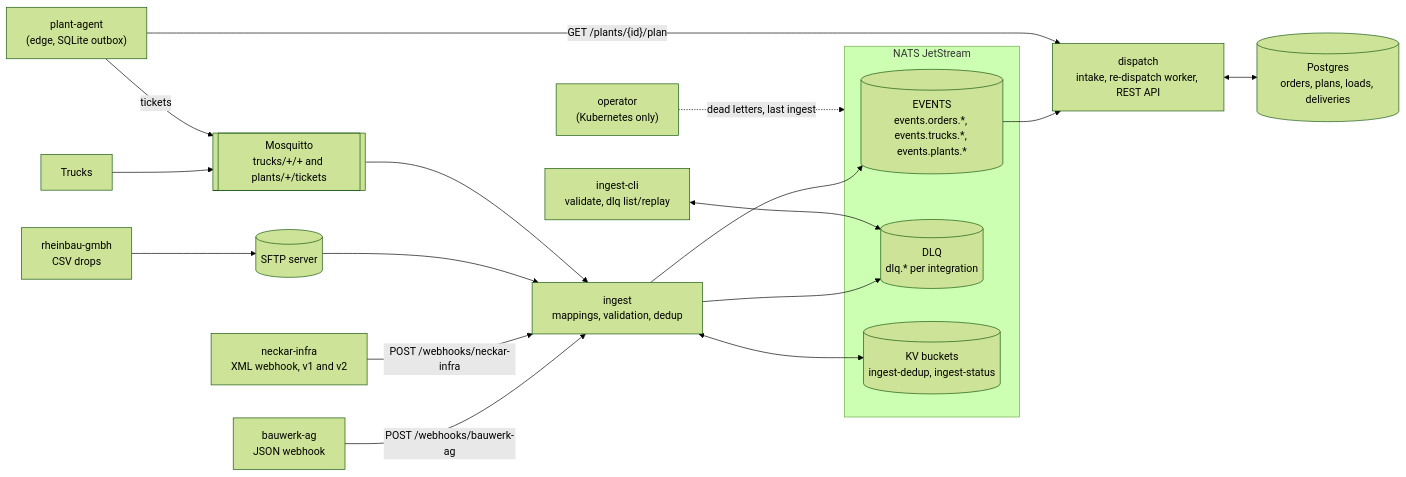
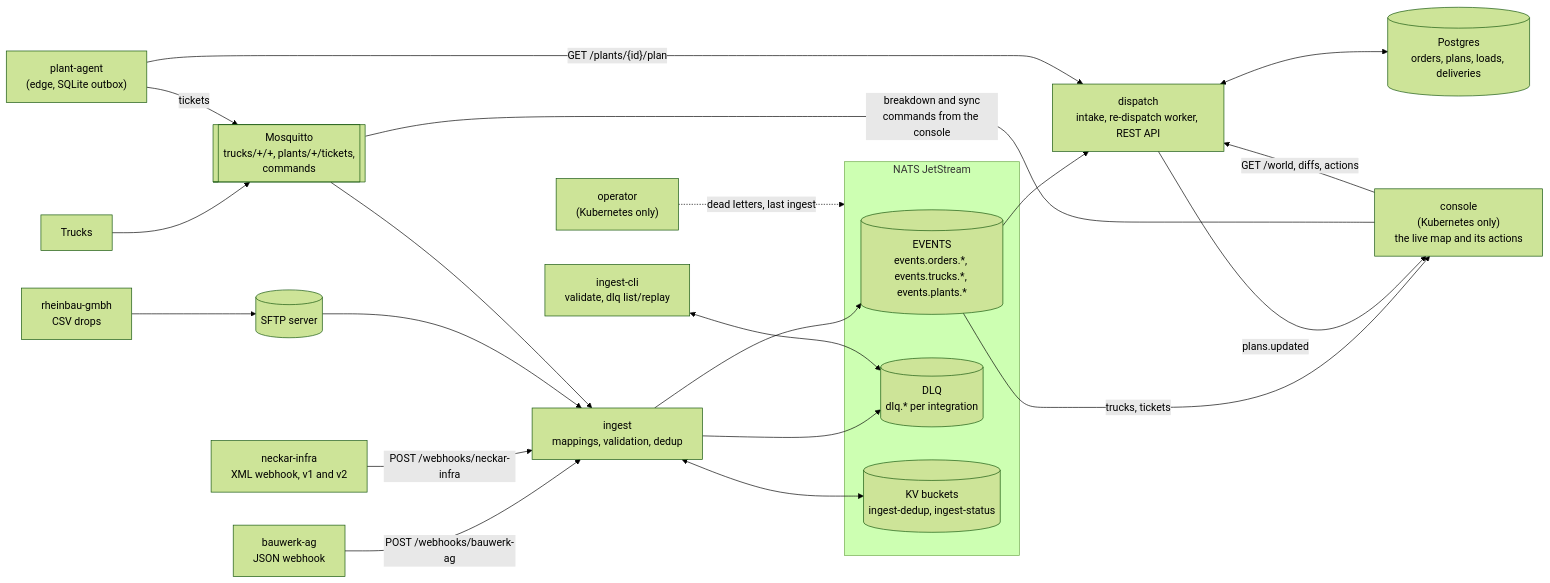
Before and after one commit to igorilic/rmc-dispatch-platform: the second of 9 diagrams in docs/architecture.md, drawn with Mermaid (forest theme). The commit also changed other lines of this file and 4 other files, not shown here.

First line of the commit message:
docs: the map console (M10 step 9)

````diff
--- a/docs/architecture.md
+++ b/docs/architecture.md
@@ -44,38 +45,43 @@
 ```mermaid
 flowchart LR
     bauwerk["bauwerk-ag<br/>JSON webhook"]
     neckar["neckar-infra<br/>XML webhook, v1 and v2"]
     rheinbau["rheinbau-gmbh<br/>CSV drops"]
     fleet["Trucks"]
     agent["plant-agent<br/>(edge, SQLite outbox)"]
 
     sftp[("SFTP server")]
-    mqtt[["Mosquitto<br/>trucks/+/+ and plants/+/tickets"]]
+    mqtt[["Mosquitto<br/>trucks/+/+, plants/+/tickets,<br/>commands"]]
     ingest["ingest<br/>mappings, validation, dedup"]
 
     subgraph nats["NATS JetStream"]
         events[("EVENTS<br/>events.orders.*, events.trucks.*, events.plants.*")]
         dlq[("DLQ<br/>dlq.* per integration")]
         kv[("KV buckets<br/>ingest-dedup, ingest-status")]
     end
 
     dispatch["dispatch<br/>intake, re-dispatch worker, REST API"]
     pg[("Postgres<br/>orders, plans, loads, deliveries")]
     operator["operator<br/>(Kubernetes only)"]
     cli["ingest-cli<br/>validate, dlq list/replay"]
+    console["console<br/>(Kubernetes only)<br/>the live map and its actions"]
 
     bauwerk -- "POST /webhooks/bauwerk-ag" --> ingest
     neckar -- "POST /webhooks/neckar-infra" --> ingest
     rheinbau --> sftp --> ingest
     fleet --> mqtt
     agent -- tickets --> mqtt
     mqtt --> ingest
     ingest --> events
     ingest --> dlq
     ingest <--> kv
     events --> dispatch
     dispatch <--> pg
     agent -- "GET /plants/{id}/plan" --> dispatch
     cli <--> dlq
     operator -. "dead letters, last ingest" .-> nats
+    events -- "trucks, tickets" --> console
+    dispatch -- "plans.updated" --> console
+    console -- "GET /world, diffs, actions" --> dispatch
+    mqtt -- "breakdown and sync<br/>commands from the console" --- console
 ```
````
